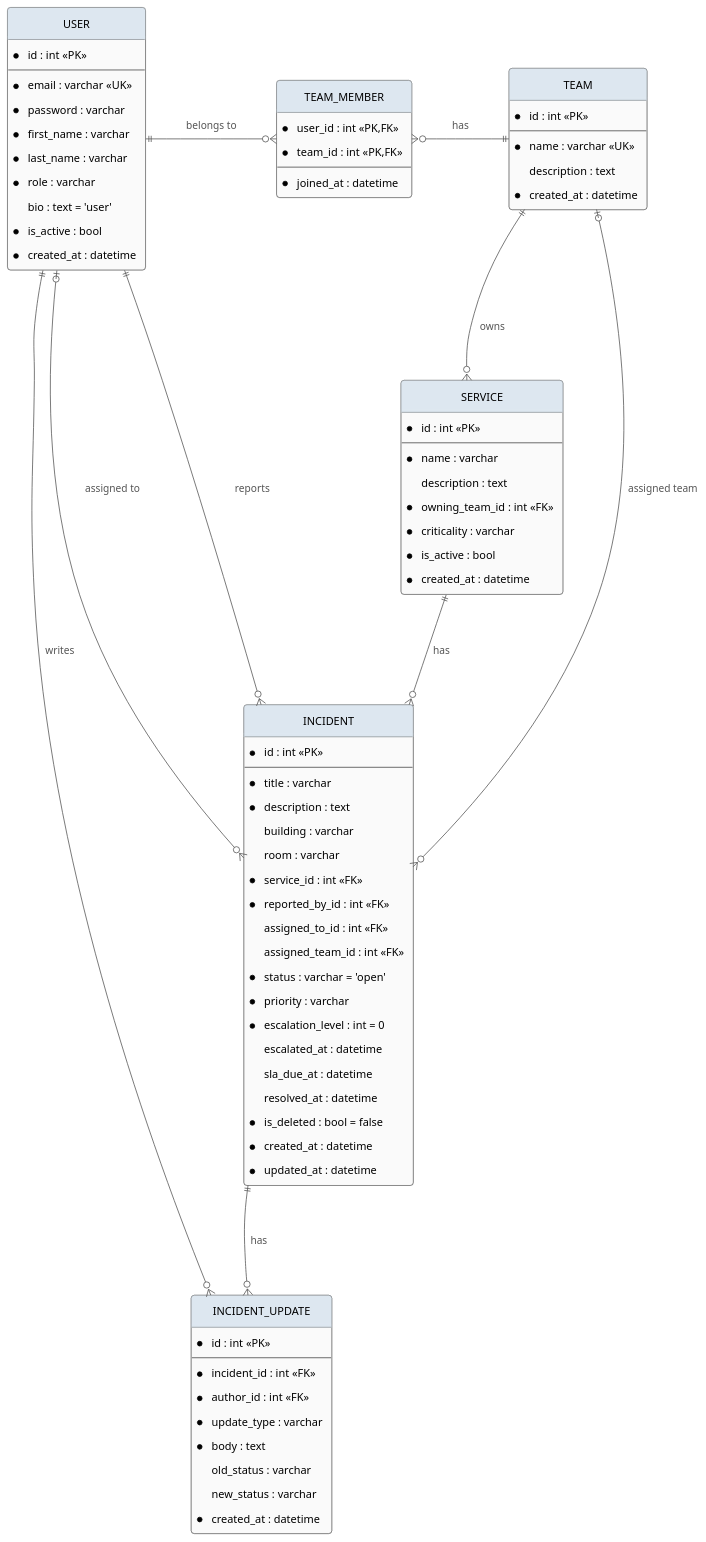
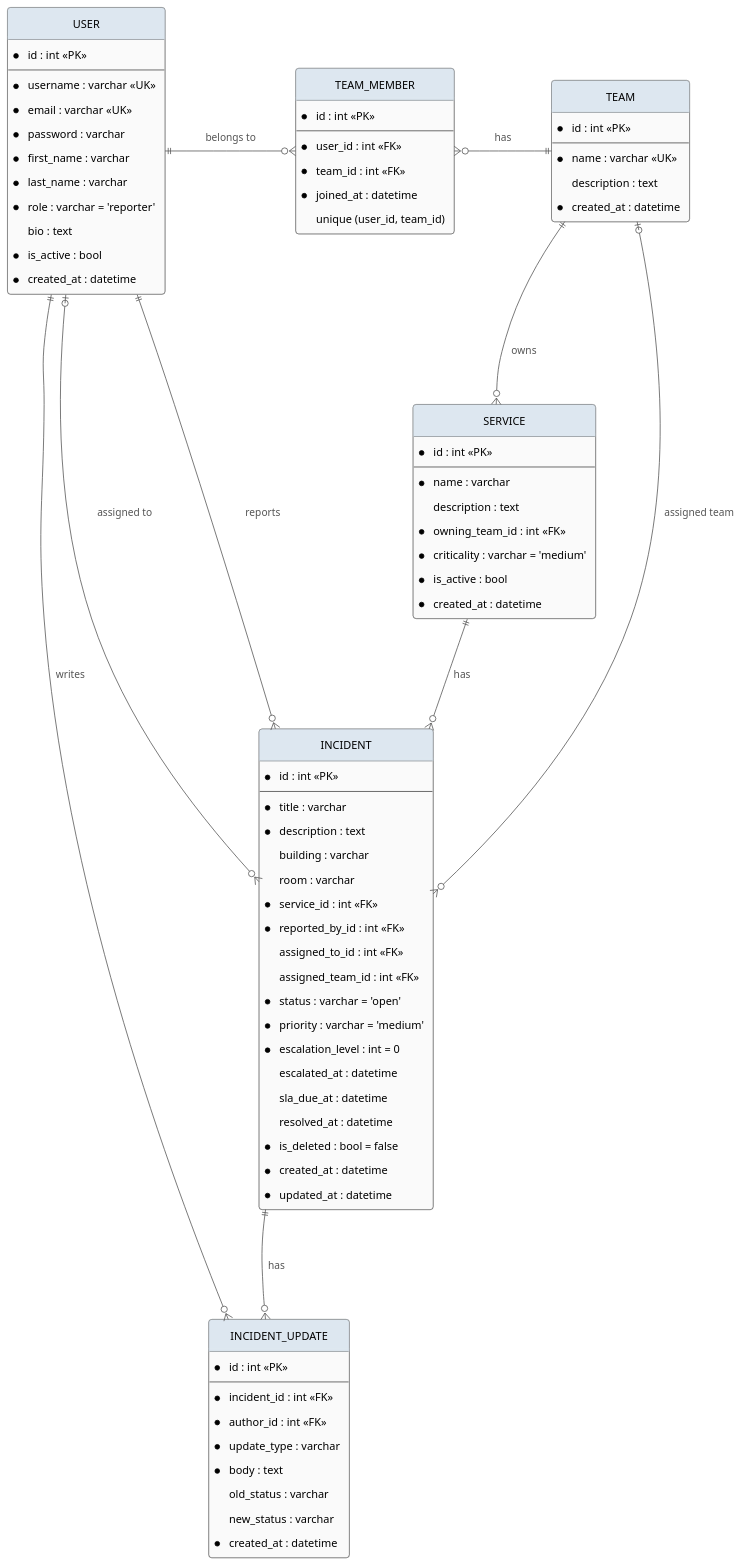
One commit to ZiedRbd/COSC-3339-Fall-2026-Term-Project changed the diagram in docs/er-diagram.puml. Above: the diagram before and after it, drawn with PlantUML. The commit also changed 9 other files, not shown here.

Commit message:
Block solvers from deleting tickets; correct diagrams and docs to match the code

```diff
--- a/docs/er-diagram.puml
+++ b/docs/er-diagram.puml
@@ -1,115 +1,118 @@
 @startuml Campus IT Help Desk ER
 hide circle
 skinparam nodesep 90
 skinparam ranksep 110
 skinparam padding 6
 skinparam roundCorner 8
 skinparam shadowing false
 skinparam ArrowColor #555555
 skinparam ArrowFontColor #555555
 skinparam class {
   BackgroundColor #FAFAFA
   BorderColor #444444
   HeaderBackgroundColor #DDE7F0
 }
 
 ' ── People & groups ─────────────────────────────
 
 entity "USER" as user {
   * id : int <<PK>>
   --
+  * username : varchar <<UK>>
   * email : varchar <<UK>>
   * password : varchar
   * first_name : varchar
   * last_name : varchar
-  * role : varchar
-    bio : text = 'user'
+  * role : varchar = 'reporter'
+    bio : text
   * is_active : bool
   * created_at : datetime
 }
 
 entity "TEAM_MEMBER" as tm {
-  * user_id : int <<PK,FK>>
-  * team_id : int <<PK,FK>>
+  * id : int <<PK>>
   --
+  * user_id : int <<FK>>
+  * team_id : int <<FK>>
   * joined_at : datetime
+  unique (user_id, team_id)
 }
 
 entity "TEAM" as team {
   * id : int <<PK>>
   --
   * name : varchar <<UK>>
     description : text
   * created_at : datetime
 }
 
 ' ── What we support ─────────────────────────────
 
 entity "SERVICE" as service {
   * id : int <<PK>>
   --
   * name : varchar
     description : text
   * owning_team_id : int <<FK>>
-  * criticality : varchar
+  * criticality : varchar = 'medium'
   * is_active : bool
   * created_at : datetime
 }
 
 ' ── Tickets ─────────────────────────────────────
 
 entity "INCIDENT" as incident {
   * id : int <<PK>>
   --
   * title : varchar
   * description : text
     building : varchar
     room : varchar
   * service_id : int <<FK>>
   * reported_by_id : int <<FK>>
     assigned_to_id : int <<FK>>
     assigned_team_id : int <<FK>>
   * status : varchar = 'open'
-  * priority : varchar
+  * priority : varchar = 'medium'
   * escalation_level : int = 0
     escalated_at : datetime
     sla_due_at : datetime
     resolved_at : datetime
   * is_deleted : bool = false
   * created_at : datetime
   * updated_at : datetime
 }
 
 entity "INCIDENT_UPDATE" as upd {
   * id : int <<PK>>
   --
   * incident_id : int <<FK>>
   * author_id : int <<FK>>
   * update_type : varchar
   * body : text
     old_status : varchar
     new_status : varchar
   * created_at : datetime
 }
 
 ' ── Layout: users/teams on top, tickets below ───
 
 user     -[hidden]right-  tm
 tm       -[hidden]right-  team
 team     -[hidden]down-   service
 service  -[hidden]down-   incident
 incident -[hidden]down-   upd
 
 ' ── Relationships ───────────────────────────────
 
 user     ||--o{ tm       : belongs to
 team     ||--o{ tm       : has
 team     ||--o{ service  : owns
 service  ||--o{ incident : has
 user     ||--o{ incident : reports
 user     |o--o{ incident : assigned to
 team     |o--o{ incident : assigned team
 incident ||--o{ upd      : has
 user     ||--o{ upd      : writes
 
 @enduml
```
